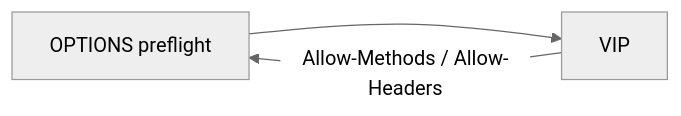
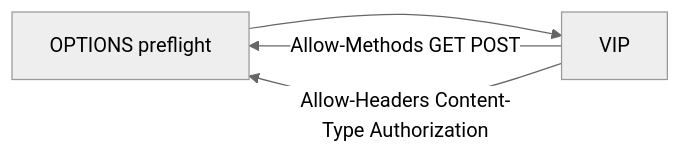
Before and after one commit to mink0119/2609_f5bnk: the diagram in HTTP_Routing/2.31_HTTPCORS_MethodsHeaders/README.md, drawn with Mermaid (neutral theme). The commit also changed other lines of this file and 15 other files, not shown here.

````diff
--- a/HTTP_Routing/2.31_HTTPCORS_MethodsHeaders/README.md
+++ b/HTTP_Routing/2.31_HTTPCORS_MethodsHeaders/README.md
@@ -5,5 +9,6 @@
 ```mermaid
 flowchart LR
   C[OPTIONS preflight] --> VIP[VIP]
-  VIP -->|Allow-Methods / Allow-Headers| C
+  VIP -->|Allow-Methods GET POST| C
+  VIP -->|Allow-Headers Content-Type Authorization| C
 ```
````
